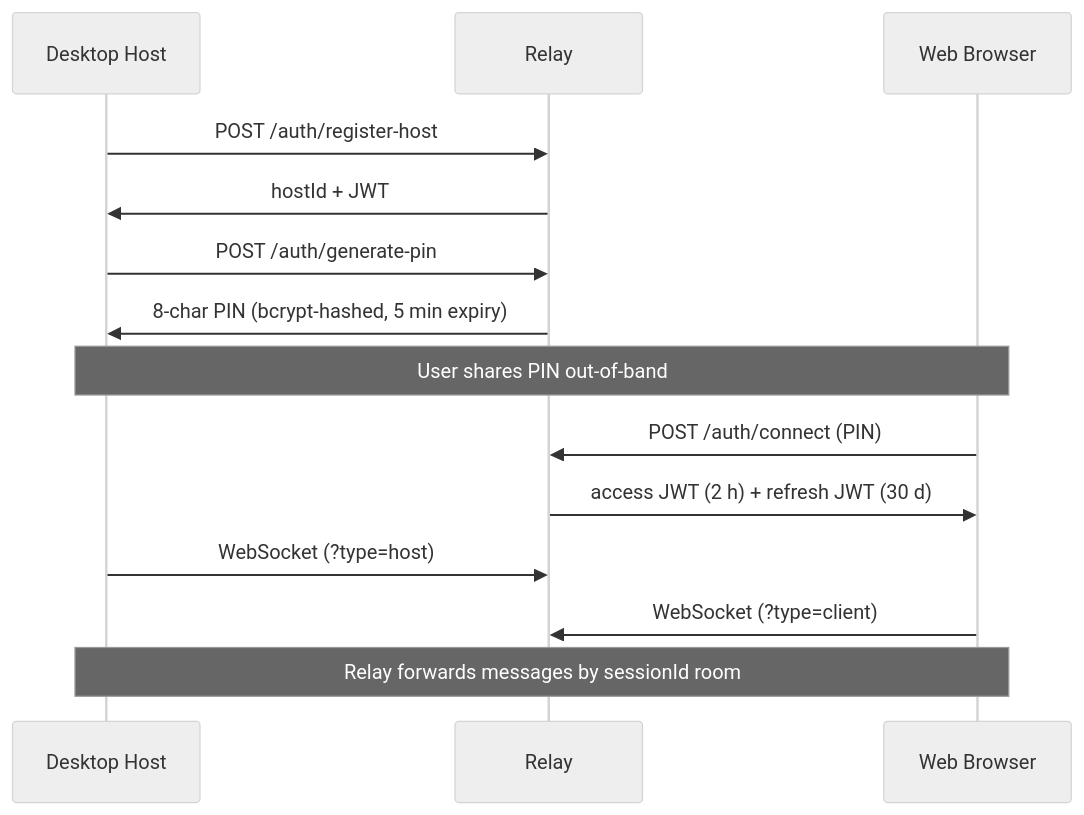
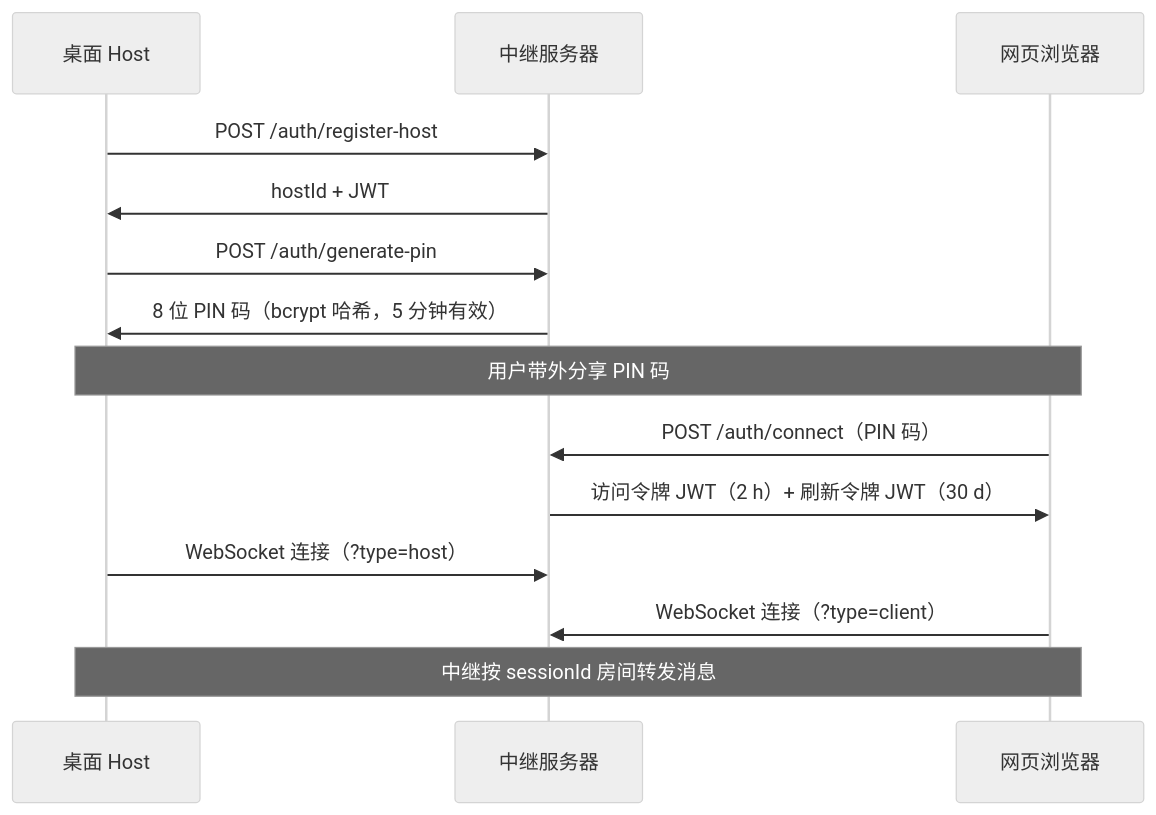
Before and after one commit to Aswellle/RemoteBridge: the diagram in README.md, drawn with Mermaid (neutral theme). The commit also changed other lines of this file and 2 other files, not shown here.

````diff
--- a/README.md
+++ b/README.md
@@ -62,17 +62,17 @@
 ```mermaid
 sequenceDiagram
-    participant Host as Desktop Host
-    participant Relay
-    participant Client as Web Browser
+    participant Host as 桌面 Host
+    participant Relay as 中继服务器
+    participant Client as 网页浏览器
 
     Host->>Relay: POST /auth/register-host
     Relay->>Host: hostId + JWT
     Host->>Relay: POST /auth/generate-pin
-    Relay->>Host: 8-char PIN (bcrypt-hashed, 5 min expiry)
-    Note over Host,Client: User shares PIN out-of-band
-    Client->>Relay: POST /auth/connect (PIN)
-    Relay->>Client: access JWT (2 h) + refresh JWT (30 d)
-    Host->>Relay: WebSocket (?type=host)
-    Client->>Relay: WebSocket (?type=client)
-    Note over Host,Client: Relay forwards messages by sessionId room
+    Relay->>Host: 8 位 PIN 码（bcrypt 哈希，5 分钟有效）
+    Note over Host,Client: 用户带外分享 PIN 码
+    Client->>Relay: POST /auth/connect（PIN 码）
+    Relay->>Client: 访问令牌 JWT（2 h）+ 刷新令牌 JWT（30 d）
+    Host->>Relay: WebSocket 连接（?type=host）
+    Client->>Relay: WebSocket 连接（?type=client）
+    Note over Host,Client: 中继按 sessionId 房间转发消息
 ```
````
